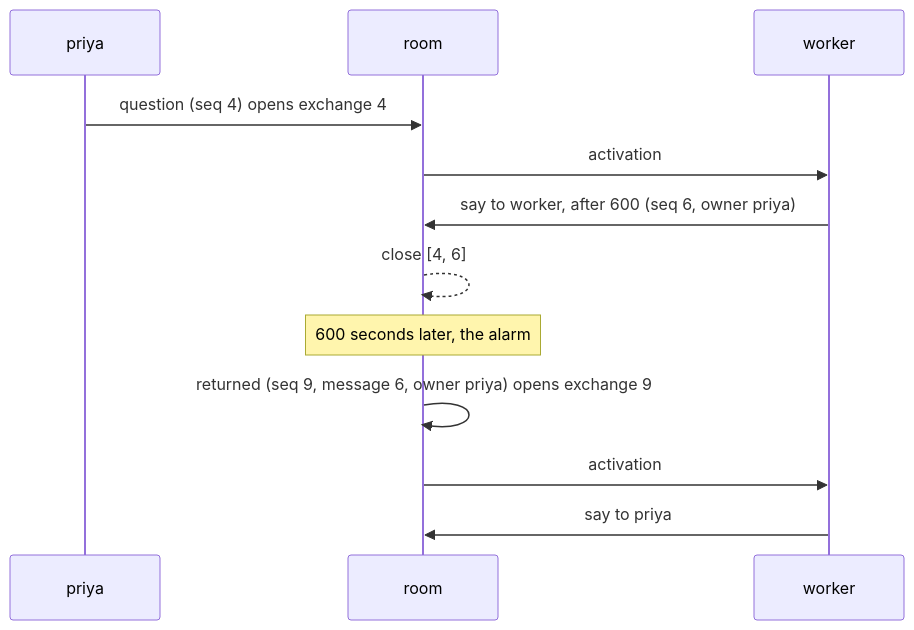
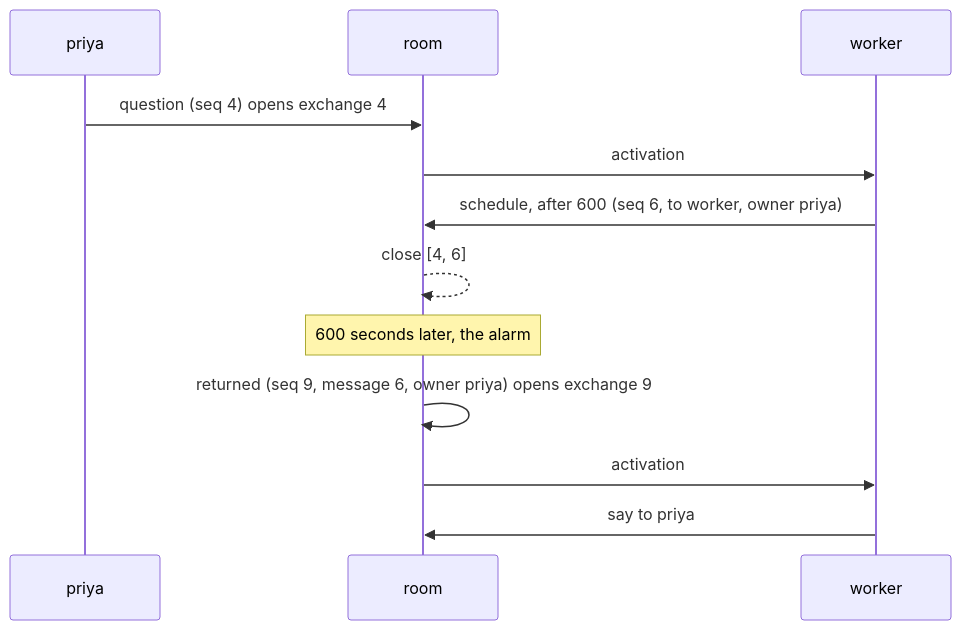
One commit to ambionframework/ambion changed the second of 2 diagrams in docs/exchange.md. Above: the diagram before and after it, drawn with Mermaid. The commit also changed other lines of this file and 40 other files, not shown here.

First line of the commit message:
Give the scheduled say its own room tool, schedule

````diff
--- a/docs/exchange.md
+++ b/docs/exchange.md
@@ -79,14 +80,14 @@
 ```mermaid
 sequenceDiagram
     participant P as priya
     participant R as room
     participant W as worker
     P->>R: question (seq 4) opens exchange 4
     R->>W: activation
-    W->>R: say to worker, after 600 (seq 6, owner priya)
+    W->>R: schedule, after 600 (seq 6, to worker, owner priya)
     R-->>R: close [4, 6]
     Note over R: 600 seconds later, the alarm
     R->>R: returned (seq 9, message 6, owner priya) opens exchange 9
     R->>W: activation
     W->>R: say to priya
 ```
````
